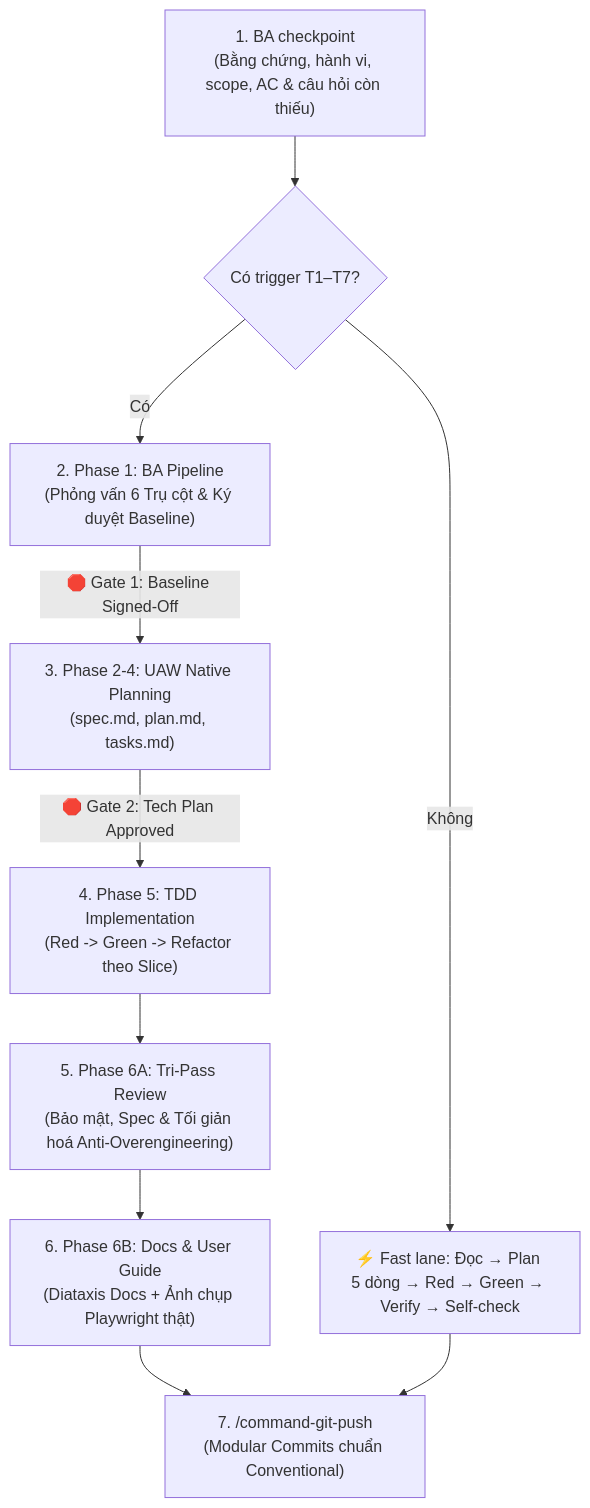
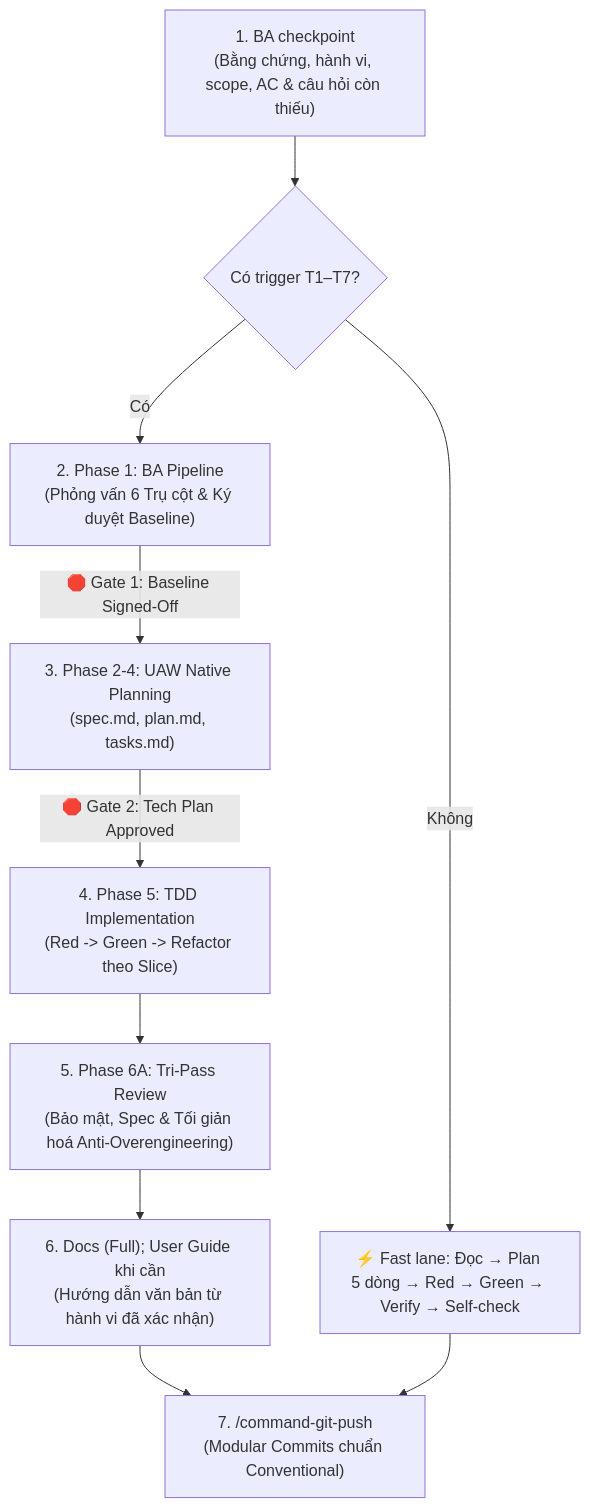
The third of 3 diagrams in README.md (ahauy/universal-agents-workflow), drawn with Mermaid before and after one commit. The commit also changed other lines of this file and 5 other files, not shown here.

````diff
--- a/README.md
+++ b/README.md
@@ -206,12 +206,12 @@
 ```mermaid
 flowchart TD
     S1["1. BA checkpoint<br/>(Bằng chứng, hành vi, scope, AC & câu hỏi còn thiếu)"] --> L{"Có trigger T1–T7?"}
     L -->|Không| F["⚡ Fast lane: Đọc → Plan 5 dòng → Red → Green → Verify → Self-check"]
     L -->|Có| S2["2. Phase 1: BA Pipeline<br/>(Phỏng vấn 6 Trụ cột & Ký duyệt Baseline)"]
     S2 -->|🛑 Gate 1: Baseline Signed-Off| S3["3. Phase 2-4: UAW Native Planning<br/>(spec.md, plan.md, tasks.md)"]
     S3 -->|🛑 Gate 2: Tech Plan Approved| S4["4. Phase 5: TDD Implementation<br/>(Red -> Green -> Refactor theo Slice)"]
     S4 --> S5["5. Phase 6A: Tri-Pass Review<br/>(Bảo mật, Spec & Tối giản hoá Anti-Overengineering)"]
-    S5 --> S6["6. Phase 6B: Docs & User Guide<br/>(Diataxis Docs + Ảnh chụp Playwright thật)"]
+    S5 --> S6["6. Docs (Full); User Guide khi cần<br/>(Hướng dẫn văn bản từ hành vi đã xác nhận)"]
     S6 --> S7["7. /command-git-push<br/>(Modular Commits chuẩn Conventional)"]
     F --> S7
 ```
````
